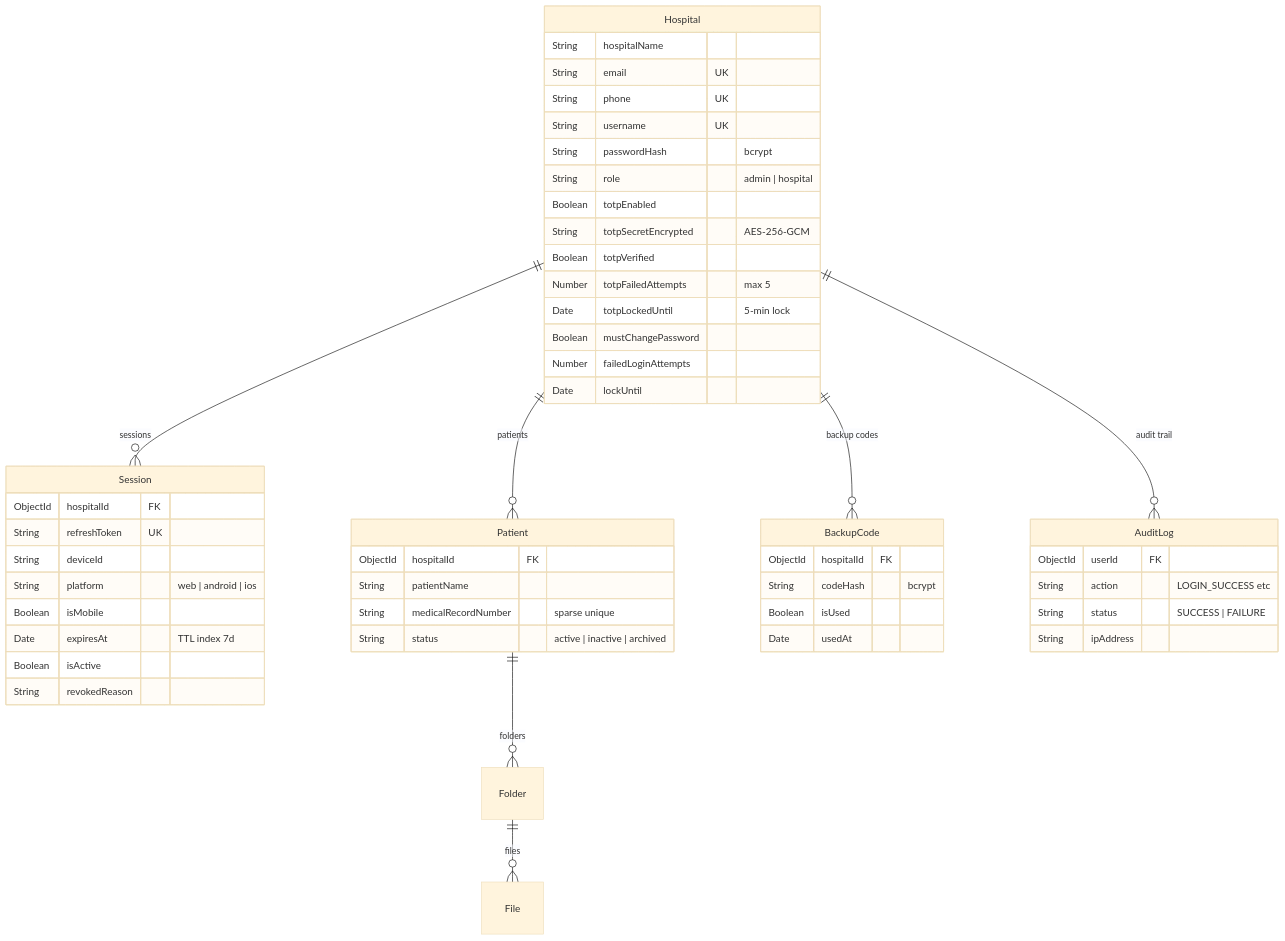
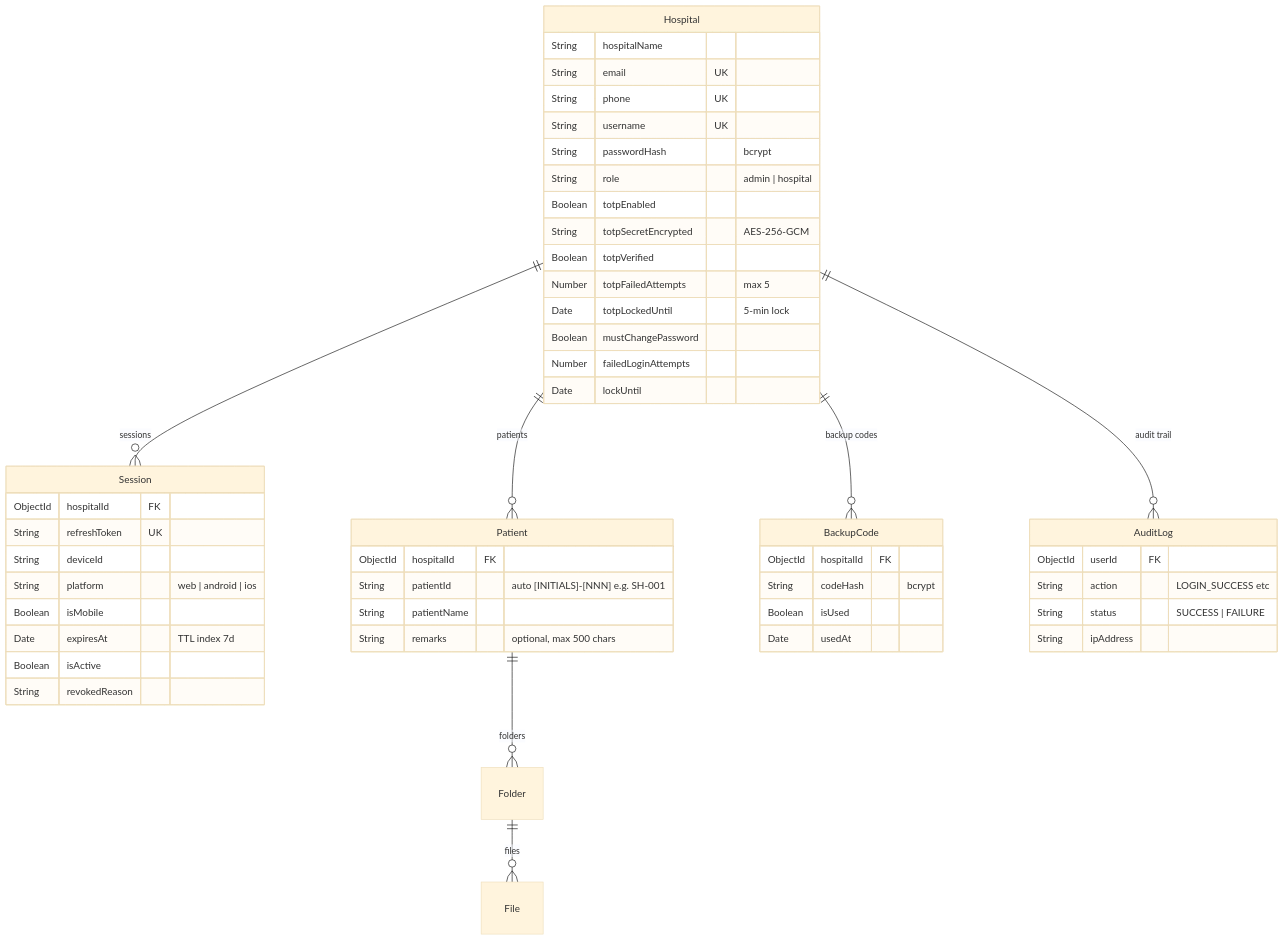
Before and after one commit to urvagandhi/Hospital-Management: the fourth of 6 diagrams in backend/README.md, drawn with Mermaid (base theme). The commit also changed 40 other files, not shown here.

First line of the commit message:
refactor(patient): simplify patient model to name + remarks + auto-generated ID

````diff
--- a/backend/README.md
+++ b/backend/README.md
@@ -220,58 +220,58 @@
 ```mermaid
 erDiagram
     Hospital ||--o{ Session : "sessions"
     Hospital ||--o{ Patient : "patients"
     Hospital ||--o{ BackupCode : "backup codes"
     Hospital ||--o{ AuditLog : "audit trail"
     Patient ||--o{ Folder : "folders"
     Folder ||--o{ File : "files"
 
     Hospital {
         String hospitalName
         String email UK
         String phone UK
         String username UK
         String passwordHash "bcrypt"
         String role "admin | hospital"
         Boolean totpEnabled
         String totpSecretEncrypted "AES-256-GCM"
         Boolean totpVerified
         Number totpFailedAttempts "max 5"
         Date totpLockedUntil "5-min lock"
         Boolean mustChangePassword
         Number failedLoginAttempts
         Date lockUntil
     }
 
     Session {
         ObjectId hospitalId FK
         String refreshToken UK
         String deviceId
         String platform "web | android | ios"
         Boolean isMobile
         Date expiresAt "TTL index 7d"
         Boolean isActive
         String revokedReason
     }
 
     Patient {
         ObjectId hospitalId FK
+        String patientId "auto [INITIALS]-[NNN] e.g. SH-001"
         String patientName
-        String medicalRecordNumber "sparse unique"
-        String status "active | inactive | archived"
+        String remarks "optional, max 500 chars"
     }
 
     BackupCode {
         ObjectId hospitalId FK
         String codeHash "bcrypt"
         Boolean isUsed
         Date usedAt
     }
 
     AuditLog {
         ObjectId userId FK
         String action "LOGIN_SUCCESS etc"
         String status "SUCCESS | FAILURE"
         String ipAddress
     }
 ```
````
